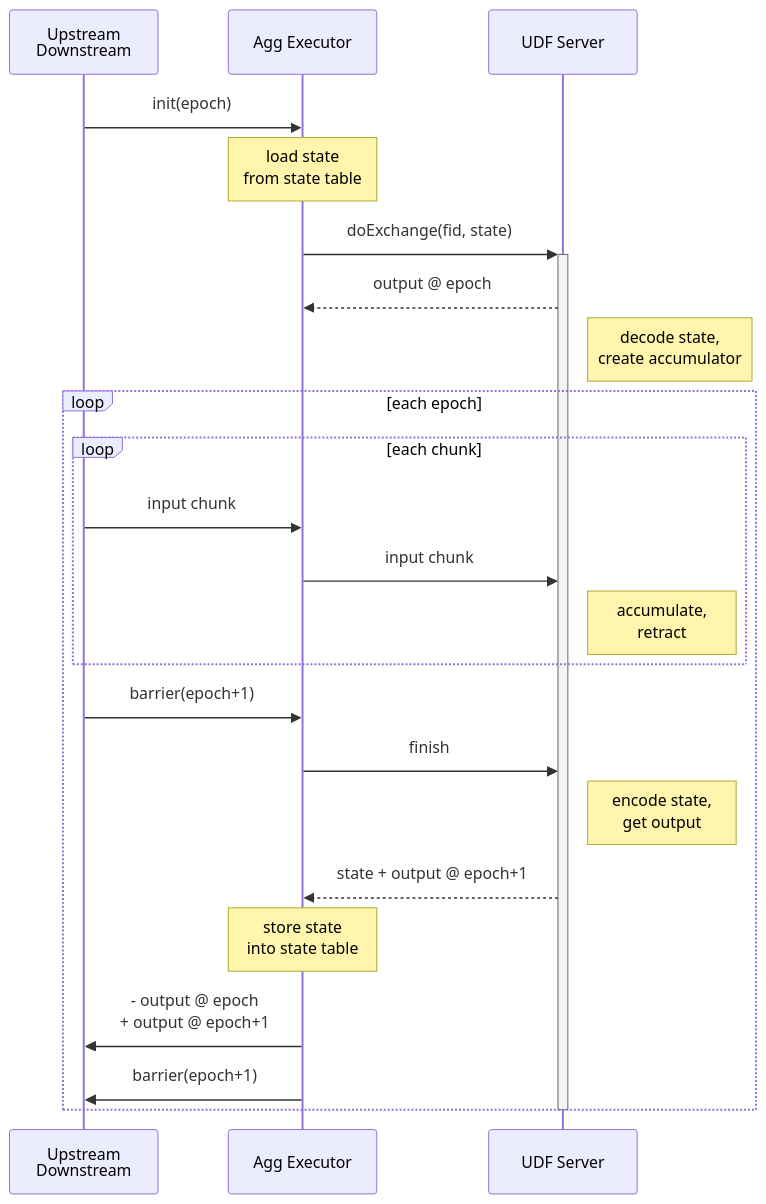
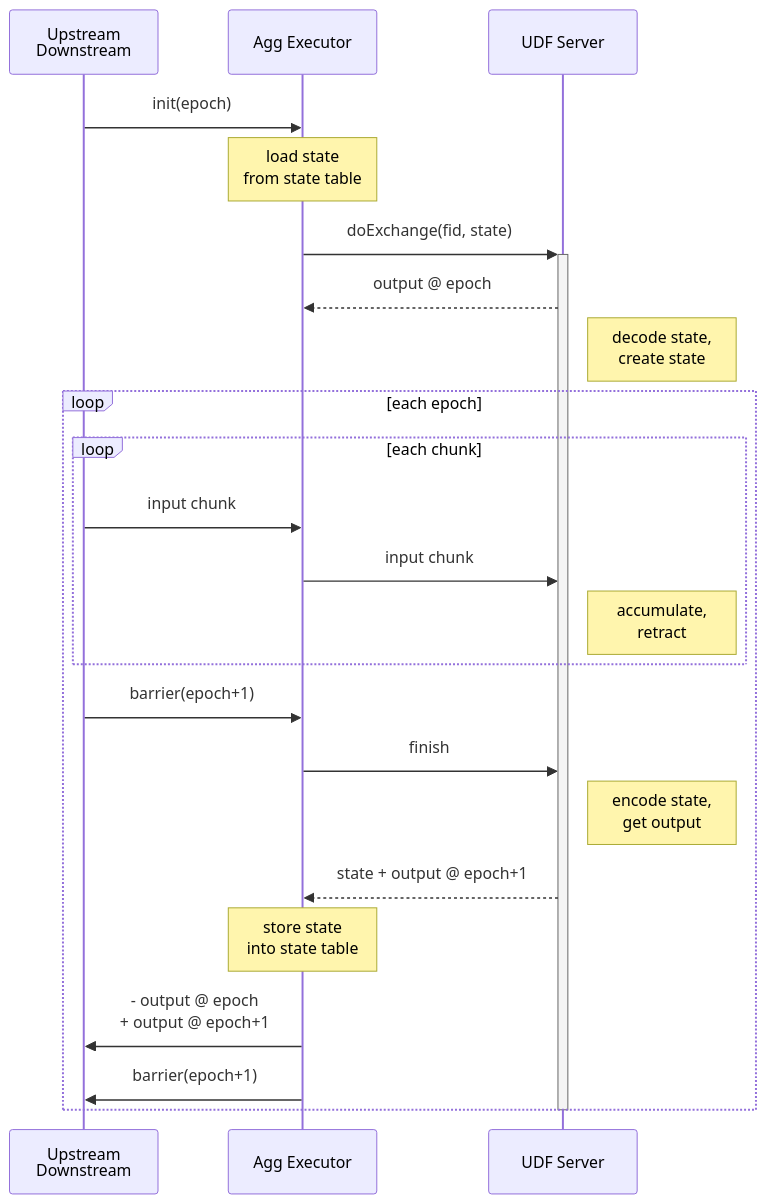
One commit to risingwavelabs/rfcs changed the diagram in rfcs/0000-user-defined-aggregate-functions.md. Above: the diagram before and after it, drawn with Mermaid. The commit also changed other lines of this file, not shown here.

Commit message:
replace term `accumulator` with `intermediate state`

````diff
--- a/rfcs/0000-user-defined-aggregate-functions.md
+++ b/rfcs/0000-user-defined-aggregate-functions.md
@@ -178,26 +178,26 @@
 ```mermaid
 sequenceDiagram
     participant UP as Upstream<br/>Downstream
     participant AG as Agg Executor
     participant CP as UDF Server
     UP ->> AG: init(epoch)
     Note over AG: load state<br/>from state table
     AG ->>+ CP: doExchange(fid, state)
     CP -->> AG: output @ epoch
-    Note right of CP: decode state,<br/>create accumulator
+    Note right of CP: decode state,<br/>create state
     loop each epoch
         loop each chunk
             UP ->> AG: input chunk
             AG ->> CP: input chunk
             Note right of CP: accumulate,<br/>retract
         end
         UP ->> AG: barrier(epoch+1)
         AG ->> CP: finish
         Note right of CP: encode state,<br/>get output
         CP -->> AG: state + output @ epoch+1
         Note over AG: store state<br/>into state table
         AG ->> UP: - output @ epoch<br/>+ output @ epoch+1
         AG ->> UP: barrier(epoch+1)
     end
     deactivate CP
 ```
````
